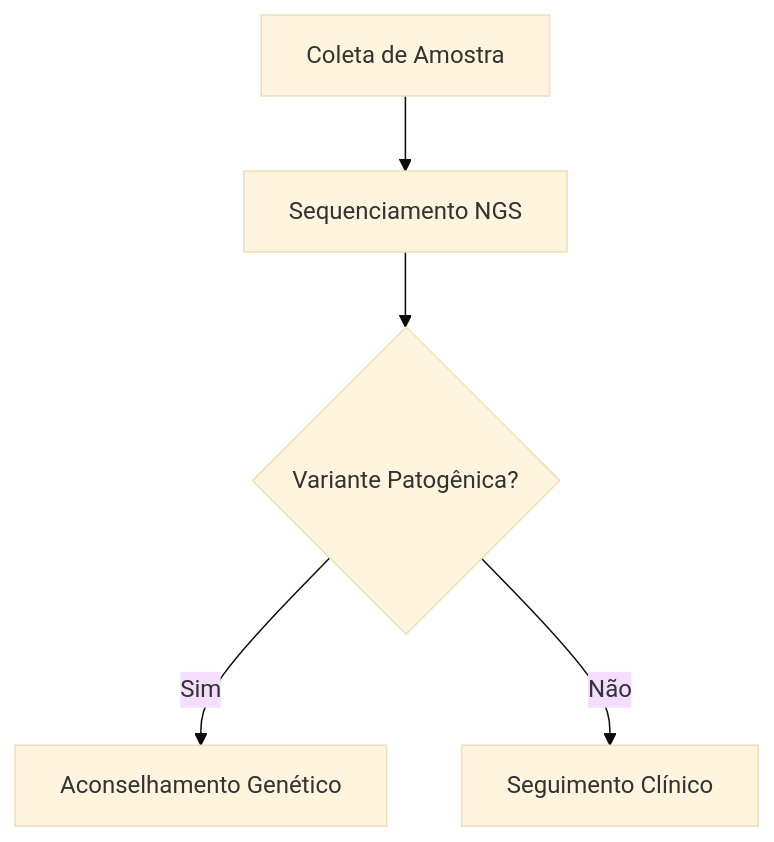
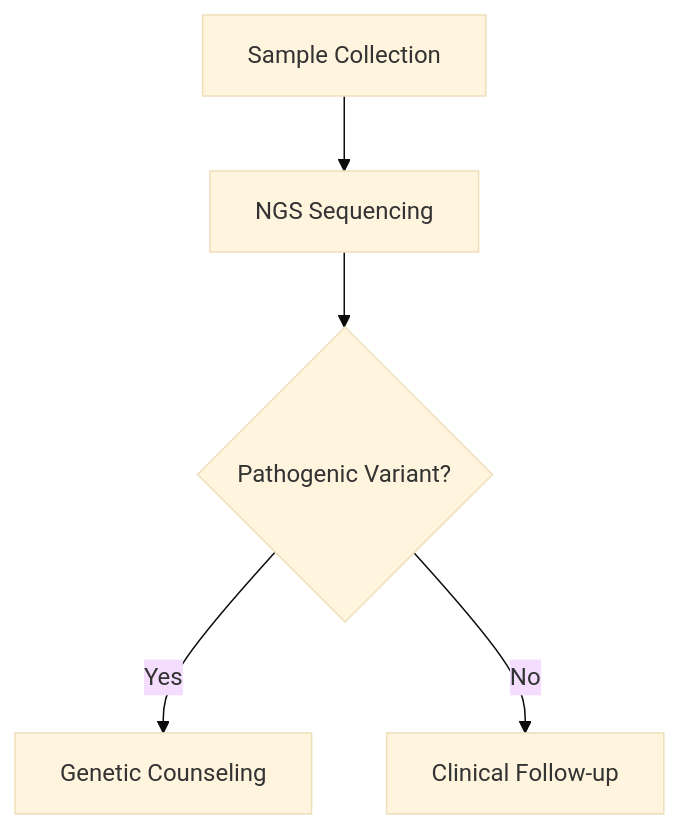
Before and after one commit to lumenpink/joaju: the third of 5 diagrams in README.md, drawn with Mermaid (base theme). The commit also changed other lines of this file, not shown here.

````diff
--- a/README.md
+++ b/README.md
@@ -266,8 +266,8 @@
 ```mermaid
 %% width=80% max-width=550pt
 graph TD
-    A[Coleta de Amostra] --> B[Sequenciamento NGS]
-    B --> C{Variante Patogênica?}
-    C -->|Sim| D[Aconselhamento Genético]
-    C -->|Não| E[Seguimento Clínico]
+    A[Sample Collection] --> B[NGS Sequencing]
+    B --> C{Pathogenic Variant?}
+    C -->|Yes| D[Genetic Counseling]
+    C -->|No| E[Clinical Follow-up]
 ```
````
